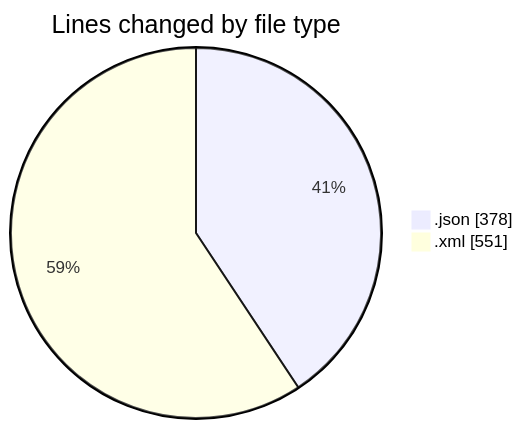
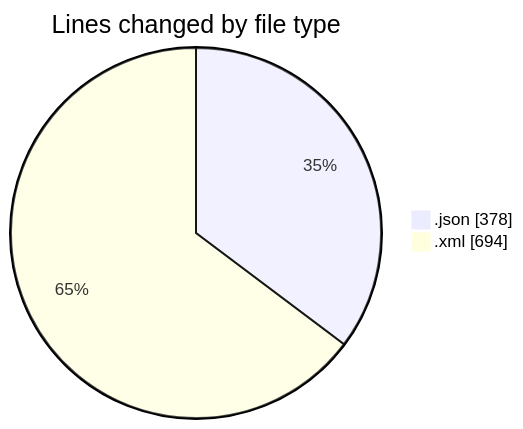
The first of 2 diagrams in 2025-02-23/masm/README.md (charlie-sans/code-tracking), drawn with Mermaid before and after one commit. The commit also changed other lines of this file and 1 other file, not shown here.

````diff
--- a/2025-02-23/masm/README.md
+++ b/2025-02-23/masm/README.md
@@ -21,6 +21,6 @@
 ```mermaid
 pie showData
 title Lines changed by file type
 ".json" : 378
-".xml" : 551
+".xml" : 694
 ```
````
